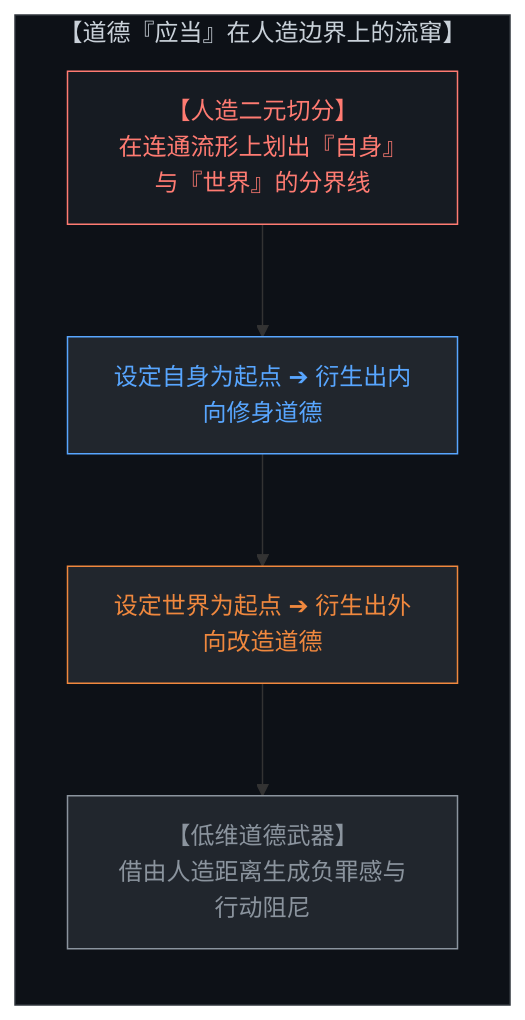
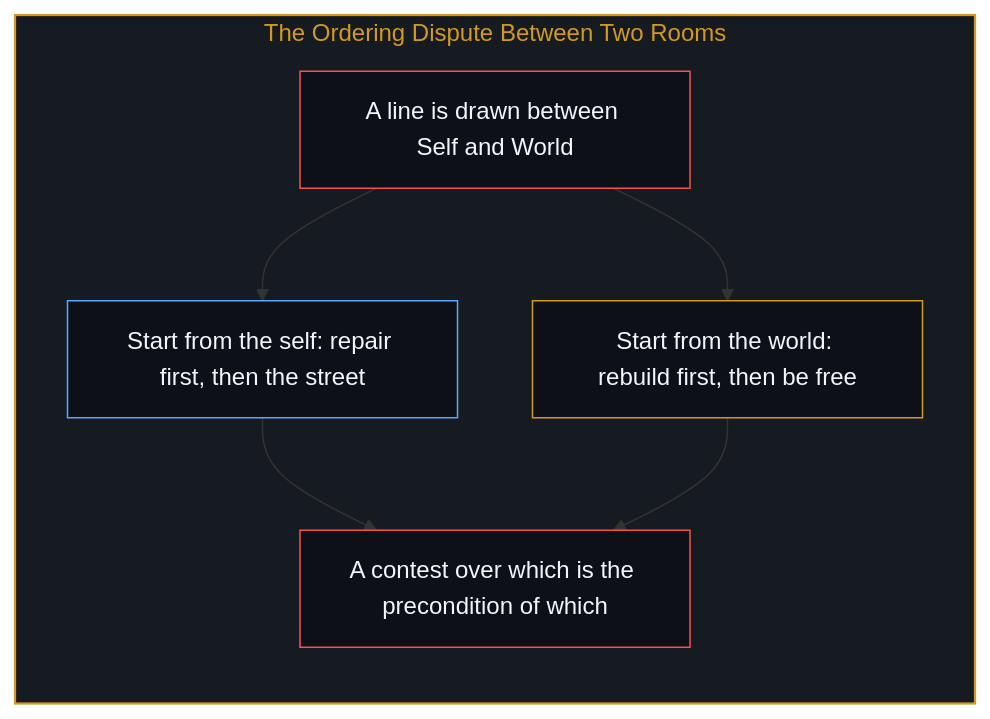
The second of 12 diagrams in content/posts/the-geometry-of-the-cut.md (powerpig99/not-a-toe), drawn with Mermaid before and after one commit. The commit also changed other lines of this file and 3 other files, not shown here.

Commit message:
Refine the-geometry-of-the-cut: alternating bilingual layout, English diagram twins, first-person framing

````diff
--- a/content/posts/the-geometry-of-the-cut.md
+++ b/content/posts/the-geometry-of-the-cut.md
@@ -37,18 +40,20 @@
 ```mermaid
-graph TD
-    subgraph TravelingOught["【道德『应当』在人造边界上的流窜】"]
+flowchart TD
+    subgraph S_Order["The Ordering Dispute Between Two Rooms"]
         direction TB
-        ArbitraryCut["【人造二元切分】<br>在连通流形上划出『自身』与『世界』的分界线"]
-        InwardPath["设定自身为起点 ➔ 衍生出内向修身道德"]
-        OutwardPath["设定世界为起点 ➔ 衍生出外向改造道德"]
-        MoralWeapon["【低维道德武器】<br>借由人造距离生成负罪感与行动阻尼"]
-        ArbitraryCut --> InwardPath
-        InwardPath --> OutwardPath
-        OutwardPath --> MoralWeapon
+        Cut["A line is drawn between Self and World"]
+        Inward["Start from the self: repair first, then the street"]
+        Outward["Start from the world: rebuild first, then be free"]
+        Dispute["A contest over which is the precondition of which"]
+        Cut --> Inward
+        Cut --> Outward
+        Inward --> Dispute
+        Outward --> Dispute
     end
-    style TravelingOught fill:#0d1117,stroke:#30363d,stroke-width:1px,color:#c9d1d9
-    style ArbitraryCut fill:#161b22,stroke:#ff7b72,stroke-width:1px,color:#ff7b72
-    style InwardPath fill:#21262d,stroke:#58a6ff,color:#58a6ff
-    style OutwardPath fill:#21262d,stroke:#f0883e,color:#f0883e
-    style MoralWeapon fill:#21262d,stroke:#8b949e,color:#8b949e
+
+    style S_Order fill:#161b22,stroke:#d29922,stroke-width:1.5px,color:#d29922
+    style Cut fill:#0d1117,stroke:#f85149,stroke-width:1px,color:#f0f6fc
+    style Inward fill:#0d1117,stroke:#58a6ff,stroke-width:1px,color:#f0f6fc
+    style Outward fill:#0d1117,stroke:#d29922,stroke-width:1px,color:#f0f6fc
+    style Dispute fill:#0d1117,stroke:#f85149,stroke-width:1px,color:#f0f6fc
 ```
````
